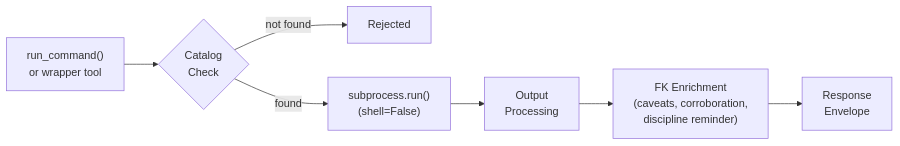
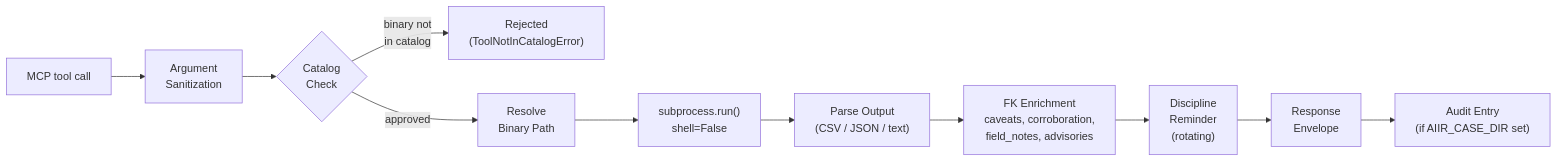
Before and after one commit to AppliedIR/sift-mcp: the second of 3 diagrams in README.md, drawn with Mermaid. The commit also changed other lines of this file, not shown here.

Commit message:
rewrite README with code-verified content and architecture diagrams

````diff
--- a/README.md
+++ b/README.md
@@ -229,9 +37,13 @@
 ```mermaid
 graph LR
-    REQ["run_command()<br/>or wrapper tool"] --> CAT{"Catalog<br/>Check"}
-    CAT -->|"not found"| REJECT[Rejected]
-    CAT -->|"found"| EXEC["subprocess.run()<br/>(shell=False)"]
-    EXEC --> PARSE["Output<br/>Processing"]
-    PARSE --> ENRICH["FK Enrichment<br/>(caveats, corroboration,<br/>discipline reminder)"]
-    ENRICH --> RESP["Response<br/>Envelope"]
+    REQ["MCP tool call"] --> SEC["Argument<br/>Sanitization"]
+    SEC --> CAT{"Catalog<br/>Check"}
+    CAT -->|"binary not<br/>in catalog"| REJECT["Rejected<br/>(ToolNotInCatalogError)"]
+    CAT -->|"approved"| RESOLVE["Resolve<br/>Binary Path"]
+    RESOLVE --> EXEC["subprocess.run()<br/>shell=False"]
+    EXEC --> PARSE["Parse Output<br/>(CSV / JSON / text)"]
+    PARSE --> ENRICH["FK Enrichment<br/>caveats, corroboration,<br/>field_notes, advisories"]
+    ENRICH --> DISC["Discipline<br/>Reminder<br/>(rotating)"]
+    DISC --> RESP["Response<br/>Envelope"]
+    RESP --> AUDIT["Audit Entry<br/>(if AIIR_CASE_DIR set)"]
 ```
````
